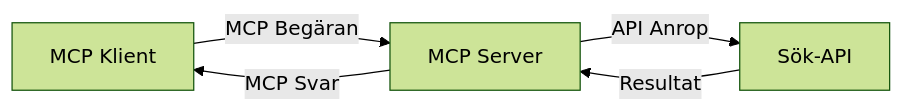
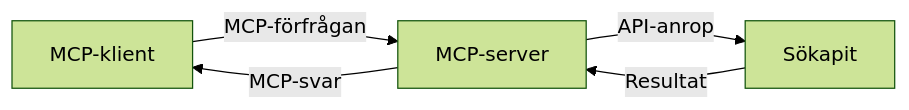
One commit to microsoft/mcp-for-beginners changed the second of 4 diagrams in translations/sv/05-AdvancedTopics/mcp-realtimesearch/README.md. Above: the diagram before and after it, drawn with Mermaid (forest theme). The commit also changed other lines of this file and 148 other files, not shown here.

````diff
--- a/translations/sv/05-AdvancedTopics/mcp-realtimesearch/README.md
+++ b/translations/sv/05-AdvancedTopics/mcp-realtimesearch/README.md
@@ -598,7 +600,7 @@
 ```mermaid
 graph LR
-    Client[MCP Klient] --> |MCP Begäran| Server[MCP Server]
-    Server --> |API Anrop| SearchAPI[Sök-API]
+    Client[MCP-klient] --> |MCP-förfrågan| Server[MCP-server]
+    Server --> |API-anrop| SearchAPI[Sökapit]
     SearchAPI --> |Resultat| Server
-    Server --> |MCP Svar| Client
+    Server --> |MCP-svar| Client
 ```
````
